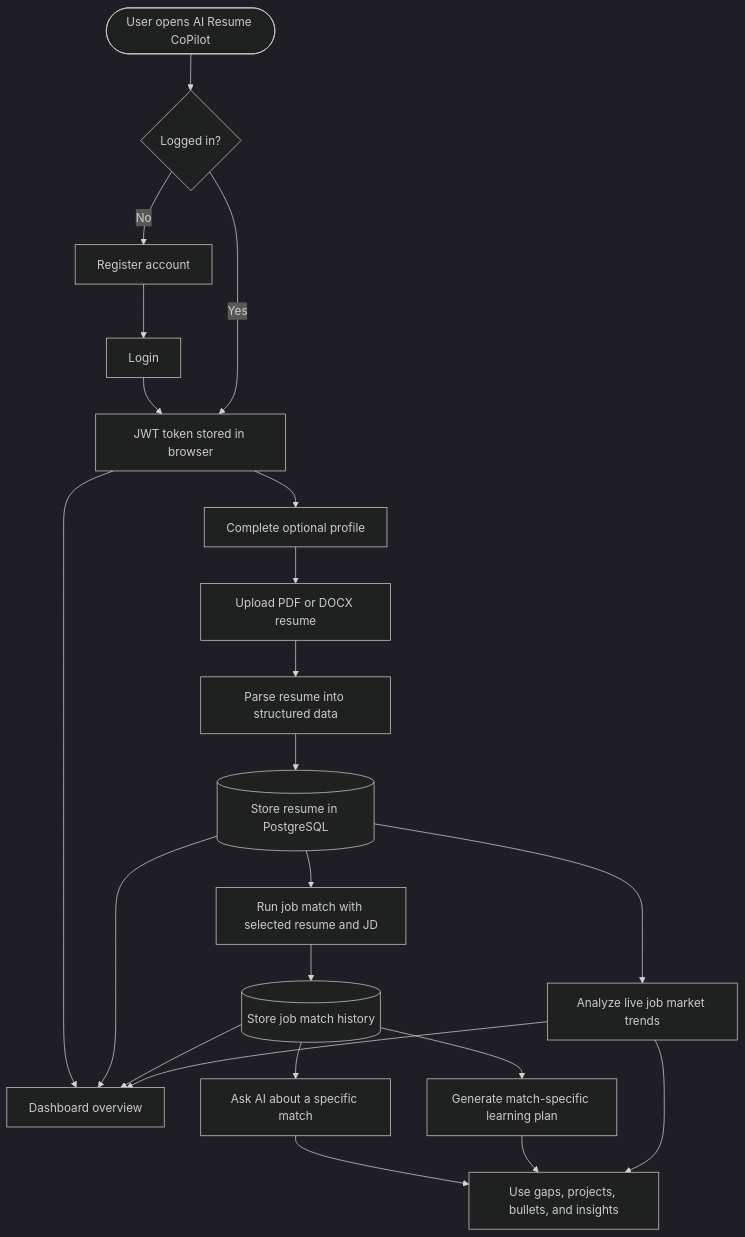
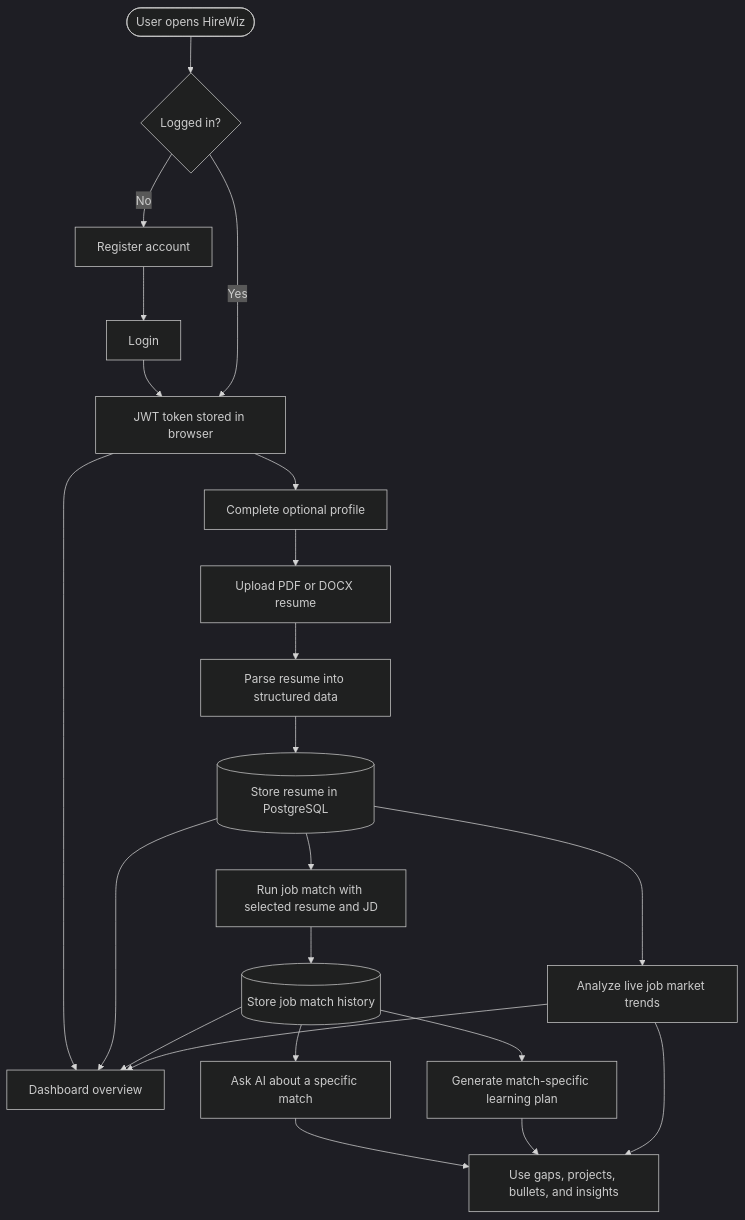
One commit to Harshil4442/ai-resume-copilot changed the first of 9 diagrams in docs/WORKFLOW.md. Above: the diagram before and after it, drawn with Mermaid (dark theme). The commit also changed other lines of this file and 67 other files, not shown here.

Commit message:
Add Razorpay payment readiness architecture

````diff
--- a/docs/WORKFLOW.md
+++ b/docs/WORKFLOW.md
@@ -15,37 +15,37 @@
 ```mermaid
 flowchart TD
-    Start([User opens AI Resume CoPilot])
+    Start([User opens HireWiz])
     Auth{Logged in?}
     Register[Register account]
     Login[Login]
     Token[JWT token stored in browser]
     Profile[Complete optional profile]
     ResumeUpload[Upload PDF or DOCX resume]
     ResumeParse[Parse resume into structured data]
     ResumeStore[(Store resume in PostgreSQL)]
     Dashboard[Dashboard overview]
     JobMatch[Run job match with selected resume and JD]
     MatchStore[(Store job match history)]
     AskAI[Ask AI about a specific match]
     Learning[Generate match-specific learning plan]
     Market[Analyze live job market trends]
     Actions[Use gaps, projects, bullets, and insights]
 
     Start --> Auth
     Auth -- No --> Register --> Login --> Token
     Auth -- Yes --> Token
     Token --> Profile
     Token --> Dashboard
     Profile --> ResumeUpload
     ResumeUpload --> ResumeParse --> ResumeStore
     ResumeStore --> Dashboard
     ResumeStore --> JobMatch
     JobMatch --> MatchStore --> Dashboard
     MatchStore --> AskAI
     MatchStore --> Learning
     ResumeStore --> Market
     Market --> Dashboard
     AskAI --> Actions
     Learning --> Actions
     Market --> Actions
 ```
````
